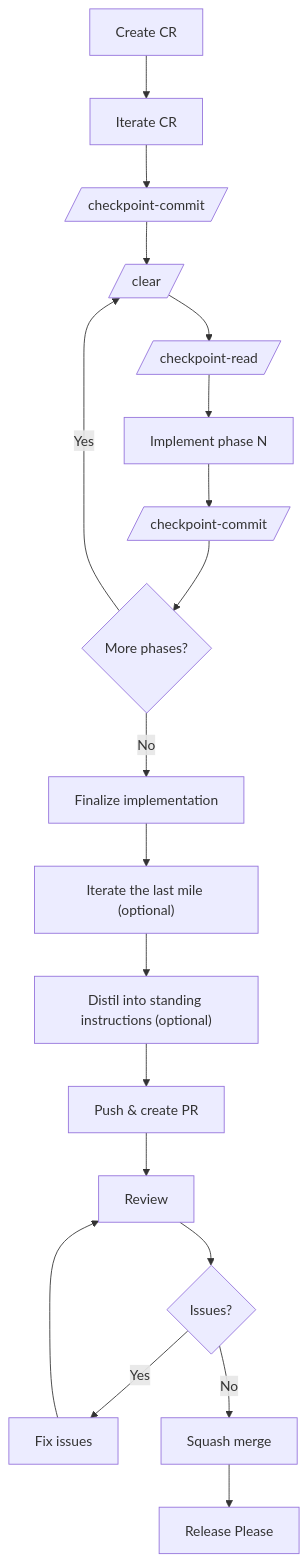
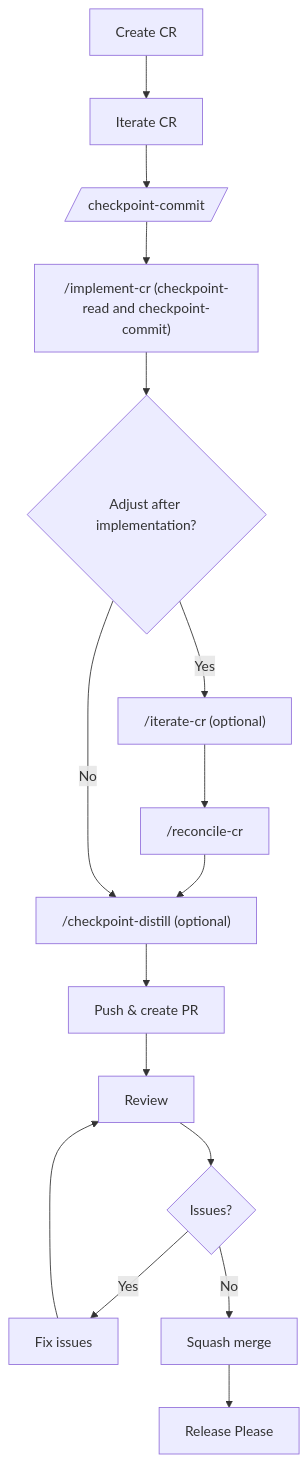
The third of 3 diagrams in WORKFLOW.md (desek/governance), drawn with Mermaid before and after one commit. The commit also changed other lines of this file and 43 other files, not shown here.

Commit message:
feat(governance)!: add iterate-cr and reconcile-cr lifecycle (#43)

````diff
--- a/WORKFLOW.md
+++ b/WORKFLOW.md
@@ -178,21 +139,18 @@
 ```mermaid
 flowchart TD
     A[Create CR] --> B[Iterate CR]
     B --> C[/checkpoint-commit/]
-    C --> D[/clear/]
-    D --> E[/checkpoint-read/]
-    E --> F["Implement phase N"]
-    F --> G[/checkpoint-commit/]
-    G --> H{More phases?}
-    H -->|Yes| D
-    H -->|No| I[Finalize implementation]
-    I --> P["Iterate the last mile (optional)"]
-    P --> P2["Distil into standing instructions (optional)"]
+    C --> I["/implement-cr (checkpoint-read and checkpoint-commit)"]
+    I --> Q{"Adjust after implementation?"}
+    Q -->|Yes| P["/iterate-cr (optional)"]
+    P --> R["/reconcile-cr"]
+    R --> P2["/checkpoint-distill (optional)"]
+    Q -->|No| P2
     P2 --> J[Push & create PR]
     J --> K[Review]
     K --> L{Issues?}
     L -->|Yes| M[Fix issues]
     M --> K
     L -->|No| N[Squash merge]
     N --> O[Release Please]
 ```
````
